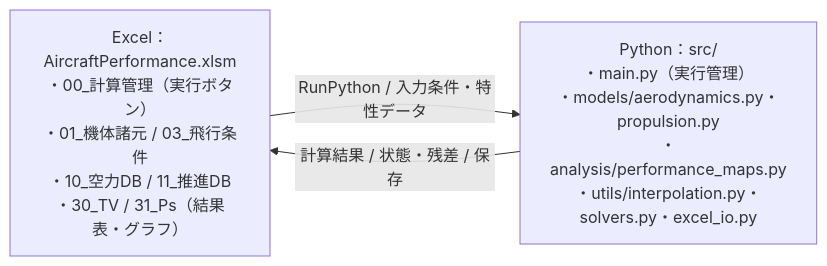
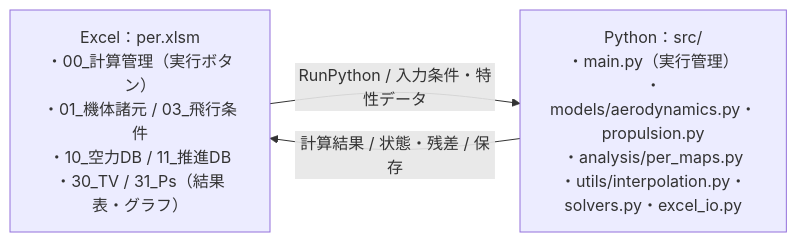
Before and after one commit to u0muumufuu/my-python-tool: the first of 2 diagrams in README.md, drawn with Mermaid. The commit also changed other lines of this file, not shown here.

Commit message:
Rename  to per in README

````diff
--- a/README.md
+++ b/README.md
@@ -9,7 +9,7 @@
 ```mermaid
 flowchart LR
-  E["Excel：AircraftPerformance.xlsm<br/>・00_計算管理（実行ボタン）<br/>・01_機体諸元 / 03_飛行条件<br/>・10_空力DB / 11_推進DB<br/>・30_TV / 31_Ps（結果表・グラフ）"]
-  P["Python：src/<br/>・main.py（実行管理）<br/>・models/aerodynamics.py・propulsion.py<br/>・analysis/performance_maps.py<br/>・utils/interpolation.py・solvers.py・excel_io.py"]
+  E["Excel：per.xlsm<br/>・00_計算管理（実行ボタン）<br/>・01_機体諸元 / 03_飛行条件<br/>・10_空力DB / 11_推進DB<br/>・30_TV / 31_Ps（結果表・グラフ）"]
+  P["Python：src/<br/>・main.py（実行管理）<br/>・models/aerodynamics.py・propulsion.py<br/>・analysis/per_maps.py<br/>・utils/interpolation.py・solvers.py・excel_io.py"]
   E -->|"RunPython / 入力条件・特性データ"| P
   P -->|"計算結果 / 状態・残差 / 保存"| E
 ```
````
